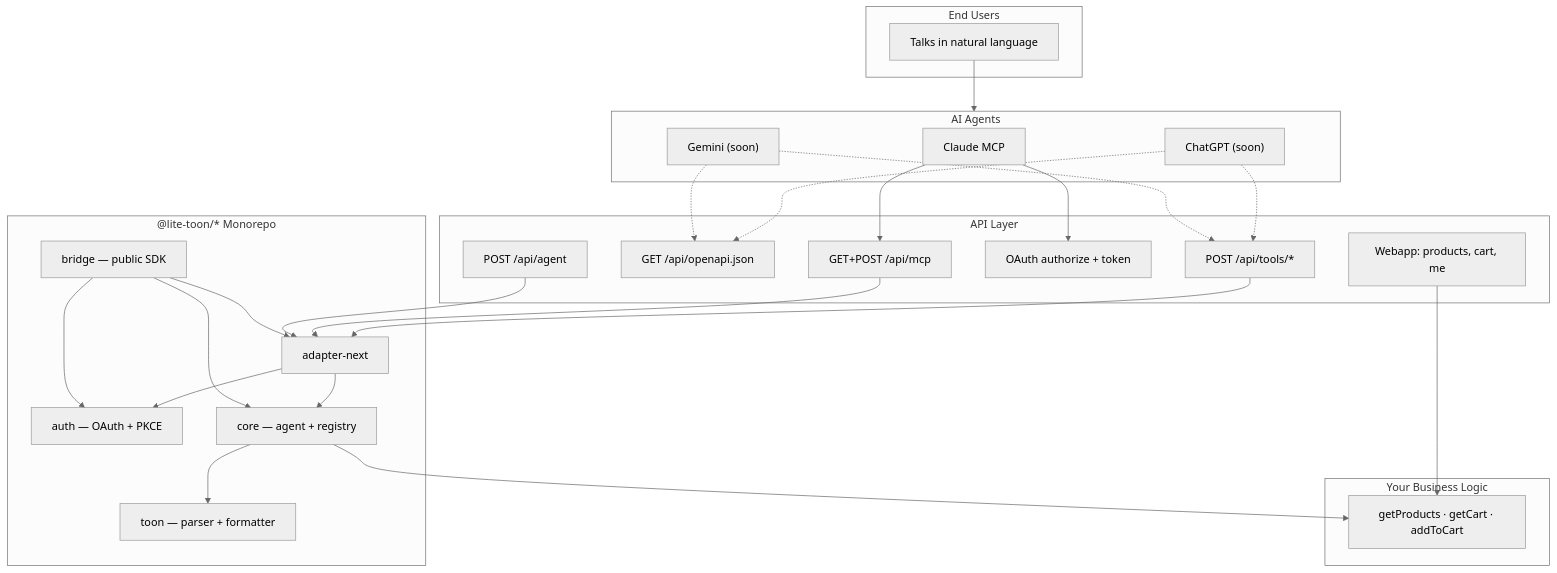
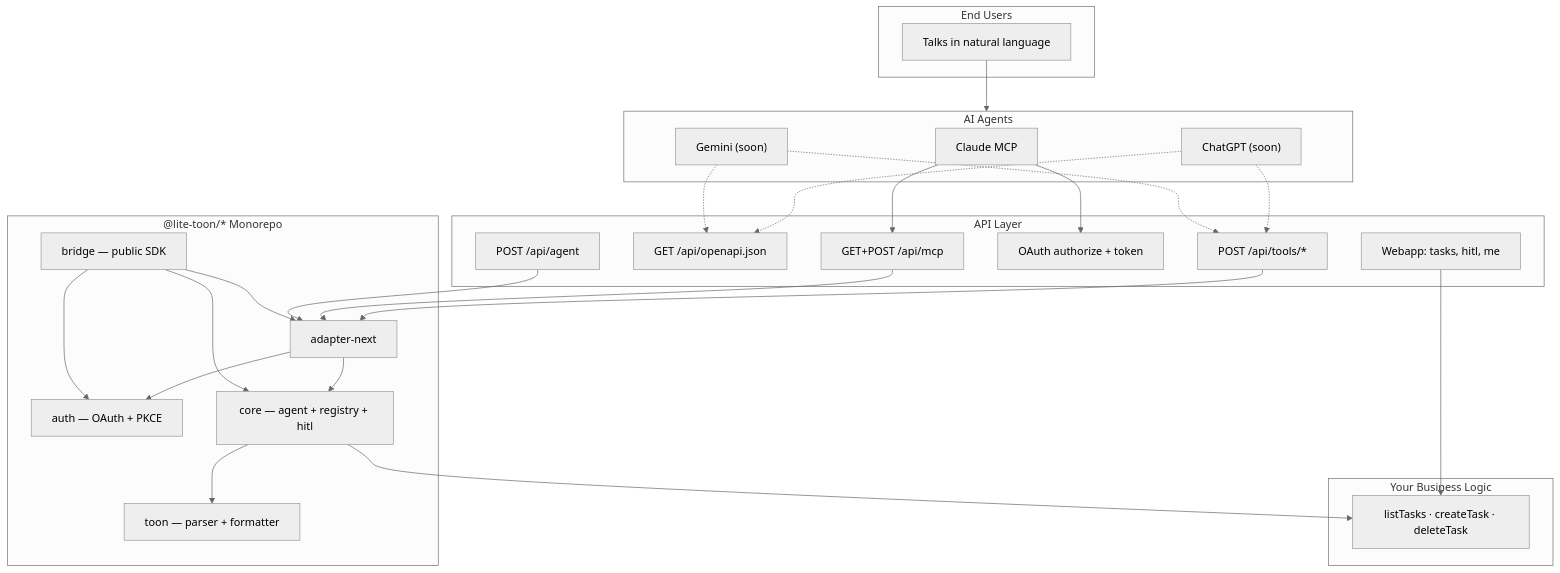
The diagram in README.md (Luke-official/lite-toon), drawn with Mermaid (neutral theme) before and after one commit. The commit also changed other lines of this file and 30 other files, not shown here.

````diff
--- a/README.md
+++ b/README.md
@@ -101,52 +101,52 @@
 ```mermaid
 flowchart TB
     subgraph users ["End Users"]
         U["Talks in natural language"]
     end
 
     subgraph agents ["AI Agents"]
         Claude["Claude MCP"]
         GPT["ChatGPT (soon)"]
         Gemini["Gemini (soon)"]
     end
 
     subgraph network ["API Layer"]
-        Webapp["Webapp: products, cart, me"]
+        Webapp["Webapp: tasks, hitl, me"]
         OpenAPI["GET /api/openapi.json"]
         Tools["POST /api/tools/*"]
         OAuth["OAuth authorize + token"]
         MCPhttp["GET+POST /api/mcp"]
         Agent["POST /api/agent"]
     end
 
     subgraph packages ["@lite-toon/* Monorepo"]
         Bridge["bridge — public SDK"]
         Adapter["adapter-next"]
         Auth["auth — OAuth + PKCE"]
-        Core["core — agent + registry"]
+        Core["core — agent + registry + hitl"]
         Toon["toon — parser + formatter"]
     end
 
     subgraph app ["Your Business Logic"]
-        Cap["getProducts · getCart · addToCart"]
+        Cap["listTasks · createTask · deleteTask"]
     end
 
     U --> agents
     Claude --> MCPhttp
     Claude --> OAuth
     GPT -.-> OpenAPI
     GPT -.-> Tools
     Gemini -.-> OpenAPI
     Gemini -.-> Tools
     Tools --> Adapter
     MCPhttp --> Adapter
     Agent --> Adapter
     Webapp --> Cap
     Adapter --> Auth
     Adapter --> Core
     Core --> Toon
     Core --> Cap
     Bridge --> Adapter
     Bridge --> Auth
     Bridge --> Core
 ```
````
